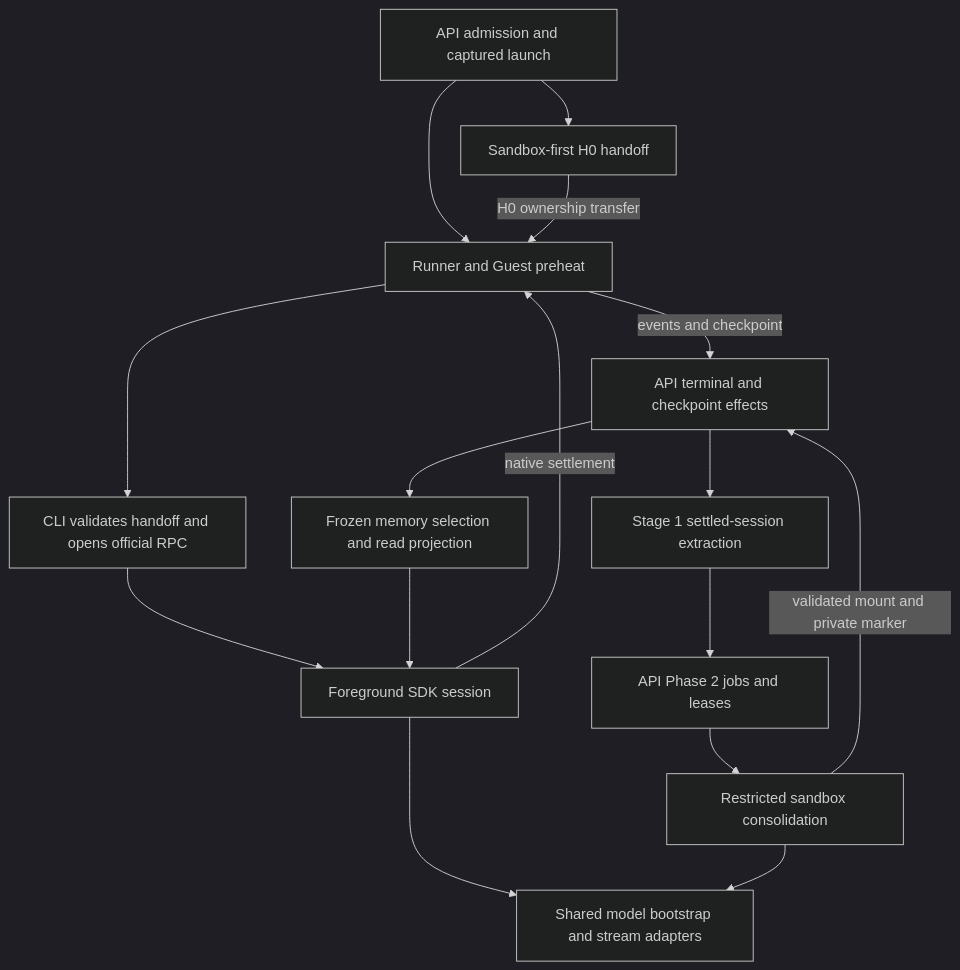
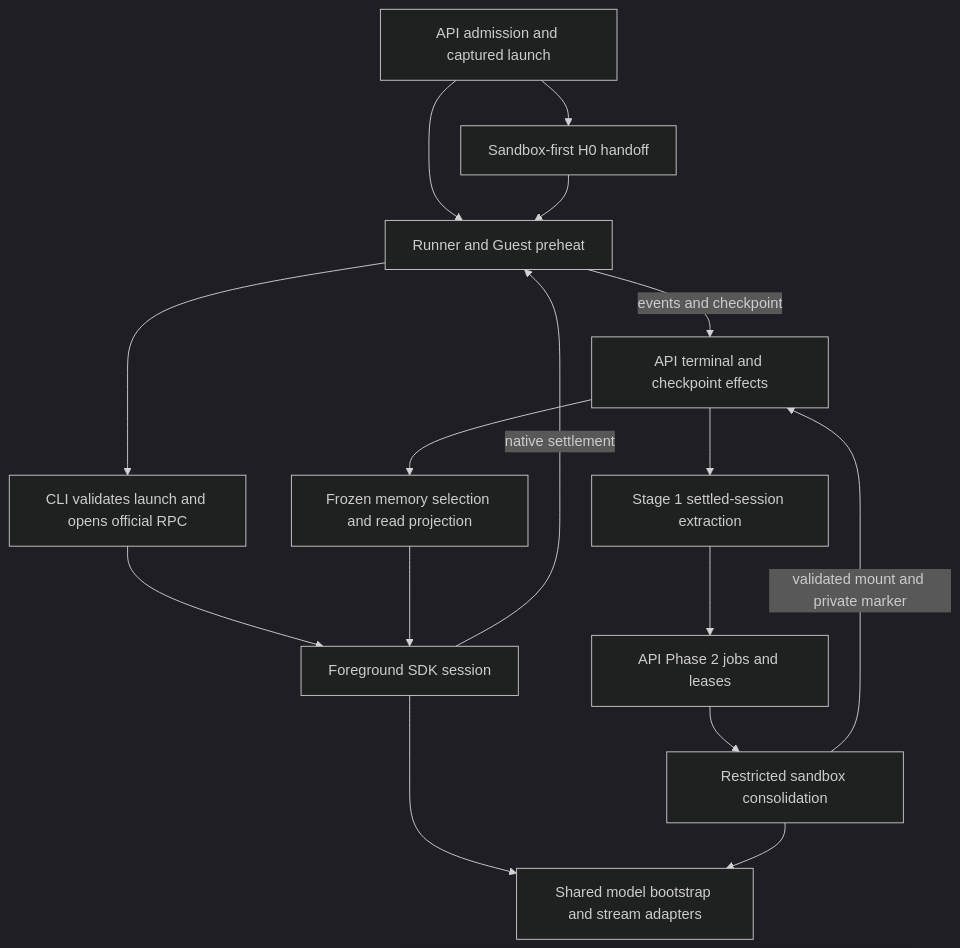
Before and after one commit to okou-ai/okou: the diagram in docs/pi-runtime-architecture.md, drawn with Mermaid (dark theme). The commit also changed other lines of this file and 72 other files, not shown here.

````diff
--- a/docs/pi-runtime-architecture.md
+++ b/docs/pi-runtime-architecture.md
@@ -35,18 +35,18 @@
 ```mermaid
 flowchart TD
     Launch[API admission and captured launch] --> First[Sandbox-first H0 handoff]
     Launch --> Platform[Runner and Guest preheat]
-    First -->|H0 ownership transfer| Platform
-    Platform --> CLI[CLI validates handoff and opens official RPC]
+    First --> Platform
+    Platform --> CLI[CLI validates launch and opens official RPC]
     CLI --> Session[Foreground SDK session]
     Session --> Model[Shared model bootstrap and stream adapters]
     Session -->|native settlement| Platform
     Platform -->|events and checkpoint| Durable[API terminal and checkpoint effects]
     Durable --> Extract[Stage 1 settled-session extraction]
     Extract --> Jobs[API Phase 2 jobs and leases]
     Jobs --> Maintenance[Restricted sandbox consolidation]
     Maintenance --> Model
     Maintenance -->|validated mount and private marker| Durable
     Durable --> Recall[Frozen memory selection and read projection]
     Recall --> Session
 ```
````
